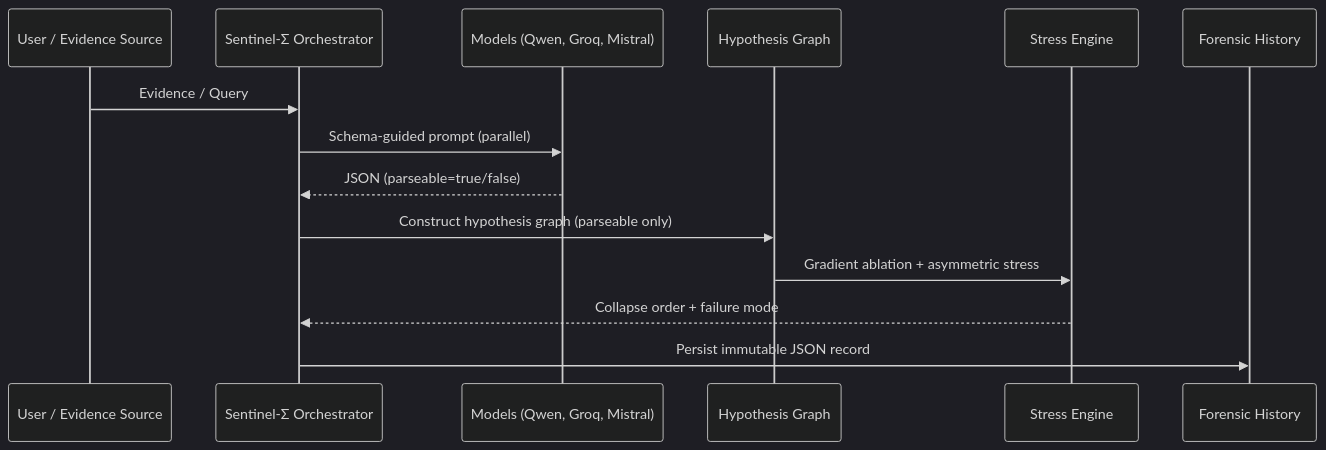
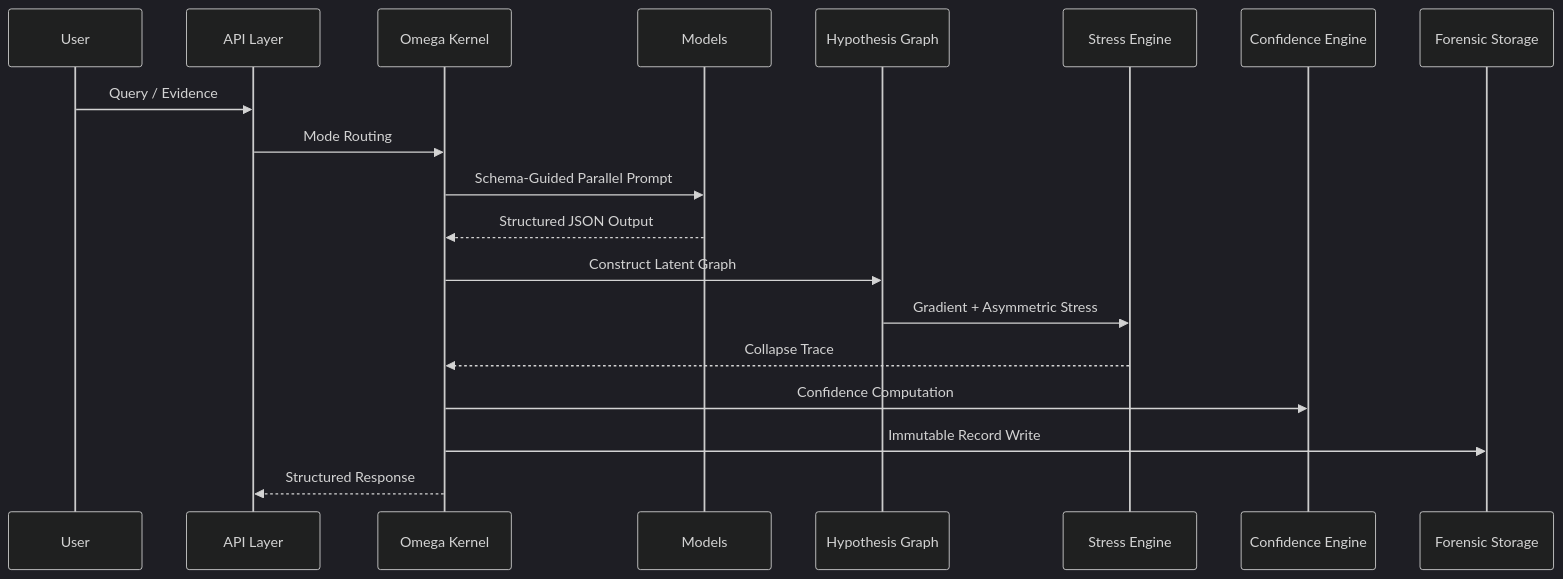
The second of 9 diagrams in README.md (spacebeige/sentinel_e), drawn with Mermaid (dark theme) before and after one commit. The commit also changed other lines of this file, not shown here.

First line of the commit message:
Revise README for Sentinel-E

````diff
--- a/README.md
+++ b/README.md
@@ -109,17 +67,22 @@
 ```mermaid
 sequenceDiagram
-  participant U as User / Evidence Source
-  participant O as Sentinel-Σ Orchestrator
-  participant M as Models (Qwen, Groq, Mistral)
-  participant G as Hypothesis Graph
-  participant S as Stress Engine
-  participant H as Forensic History
+    participant U as User
+    participant API as API Layer
+    participant OK as Omega Kernel
+    participant M as Models
+    participant HG as Hypothesis Graph
+    participant ST as Stress Engine
+    participant CF as Confidence Engine
+    participant FS as Forensic Storage
 
-  U->>O: Evidence / Query
-  O->>M: Schema-guided prompt (parallel)
-  M-->>O: JSON (parseable=true/false)
-  O->>G: Construct hypothesis graph (parseable only)
-  G->>S: Gradient ablation + asymmetric stress
-  S-->>O: Collapse order + failure mode
-  O->>H: Persist immutable JSON record
+    U->>API: Query / Evidence
+    API->>OK: Mode Routing
+    OK->>M: Schema-Guided Parallel Prompt
+    M-->>OK: Structured JSON Output
+    OK->>HG: Construct Latent Graph
+    HG->>ST: Gradient + Asymmetric Stress
+    ST-->>OK: Collapse Trace
+    OK->>CF: Confidence Computation
+    OK->>FS: Immutable Record Write
+    OK-->>API: Structured Response
 ```
````
